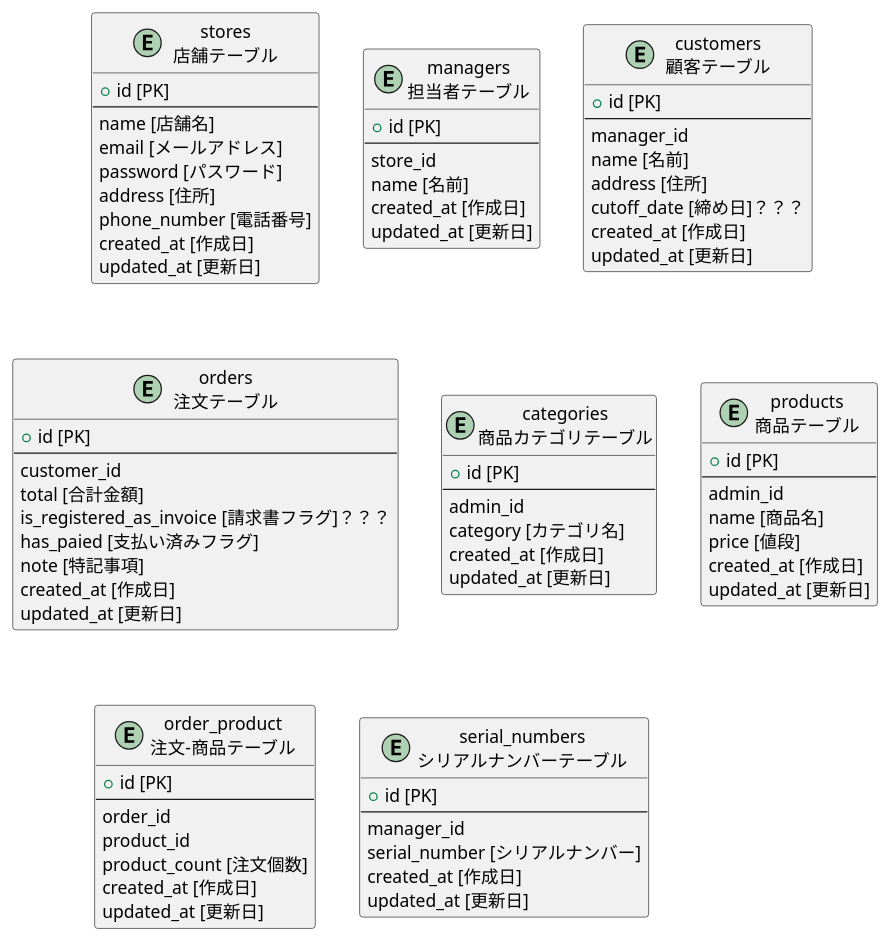
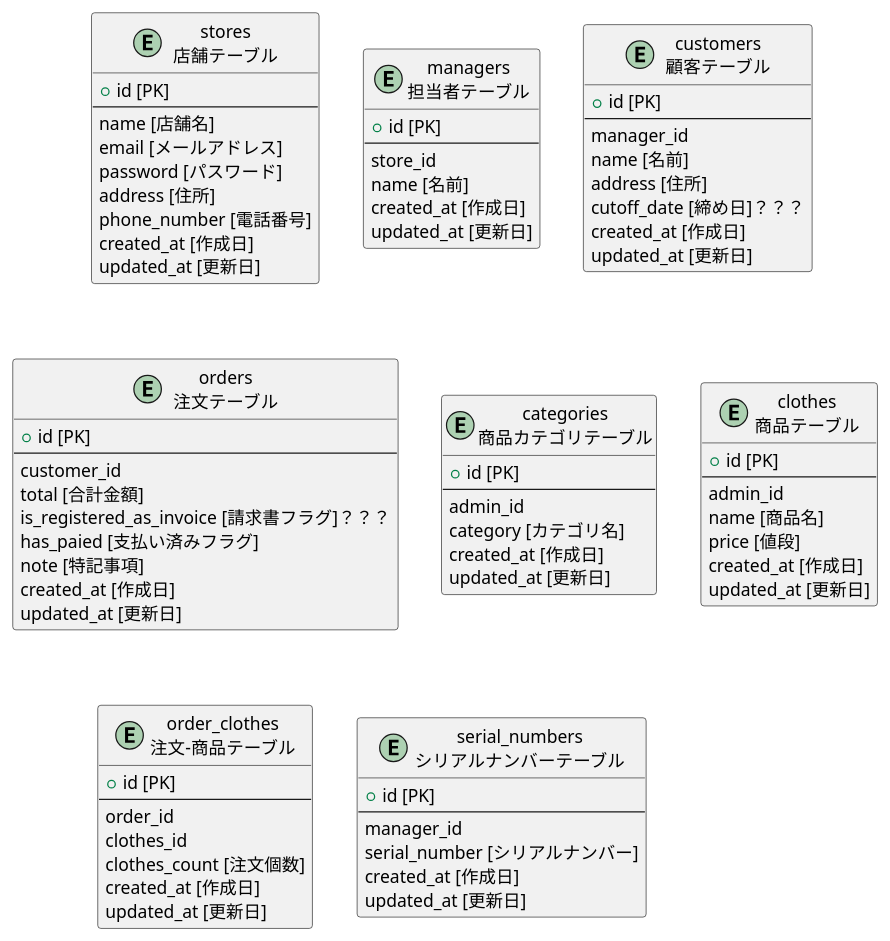
One commit to Yusaku0923/cleaning_pos changed the diagram in tables.pu. Above: the diagram before and after it, drawn with PlantUML. The commit also changed 22 other files, not shown here.

```diff
--- a/tables.pu
+++ b/tables.pu
@@ -1,93 +1,93 @@
 @startuml tables
 entity stores as "stores\n店舗テーブル" {
   + id [PK]
   --
   name [店舗名]
   email [メールアドレス]
   password [パスワード]
   address [住所]
   phone_number [電話番号]
   created_at [作成日]
   updated_at [更新日]
 }
 
 entity managers as "managers\n担当者テーブル" {
   + id [PK]
   --
   store_id
   name [名前]
   created_at [作成日]
   updated_at [更新日]
 }
 
 entity customers as "customers\n顧客テーブル" {
   + id [PK]
   --
   manager_id
   name [名前]
   address [住所]
   cutoff_date [締め日]？？？
   created_at [作成日]
   updated_at [更新日]
 }
 
 entity orders as "orders\n注文テーブル" {
   + id [PK]
   --
   customer_id
   total [合計金額]
   is_registered_as_invoice [請求書フラグ]？？？
   has_paied [支払い済みフラグ]
   note [特記事項]
   created_at [作成日]
   updated_at [更新日]
 }
 
 entity categories as "categories\n商品カテゴリテーブル" {
   + id [PK]
   --
   admin_id
   category [カテゴリ名]
   created_at [作成日]
   updated_at [更新日]
 }
 
-entity products as "products\n商品テーブル" {
+entity clothes as "clothes\n商品テーブル" {
   + id [PK]
   --
   admin_id
   name [商品名]
   price [値段]
   created_at [作成日]
   updated_at [更新日]
 }
 
-entity order_product as "order_product\n注文-商品テーブル" {
+entity order_clothes as "order_clothes\n注文-商品テーブル" {
   + id [PK]
   --
   order_id
-  product_id
-  product_count [注文個数]
+  clothes_id
+  clothes_count [注文個数]
   created_at [作成日]
   updated_at [更新日]
 }
 
 ' entity invoices as "invoices\n領収書テーブル" {
 '   + id [PK]
 '   --
 '   user_id
 '   password [パスワード]
 '   created_at [作成日]
 '   updated_at [更新日]
 ' }
 
 entity serial_numbers as "serial_numbers\nシリアルナンバーテーブル" {
   + id [PK]
   --
   manager_id
   serial_number [シリアルナンバー]
   created_at [作成日]
   updated_at [更新日]
 }
 
 @enduml
```
